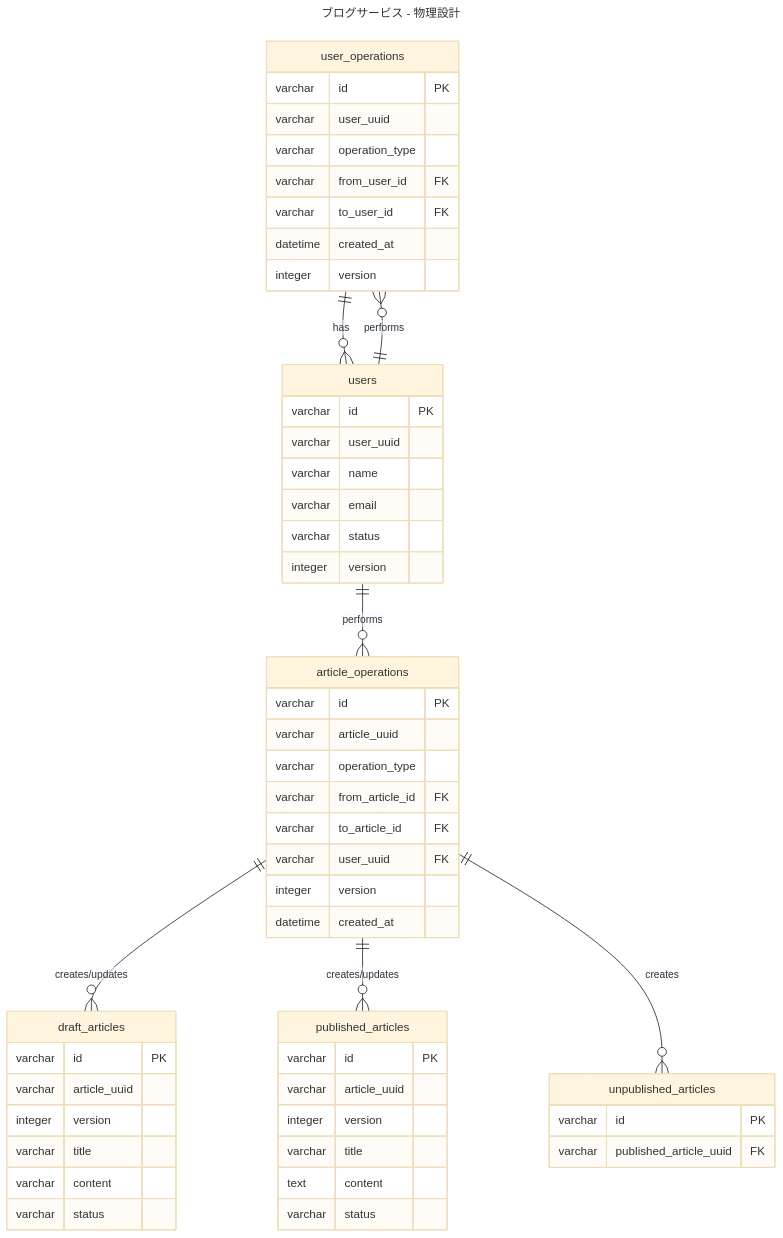
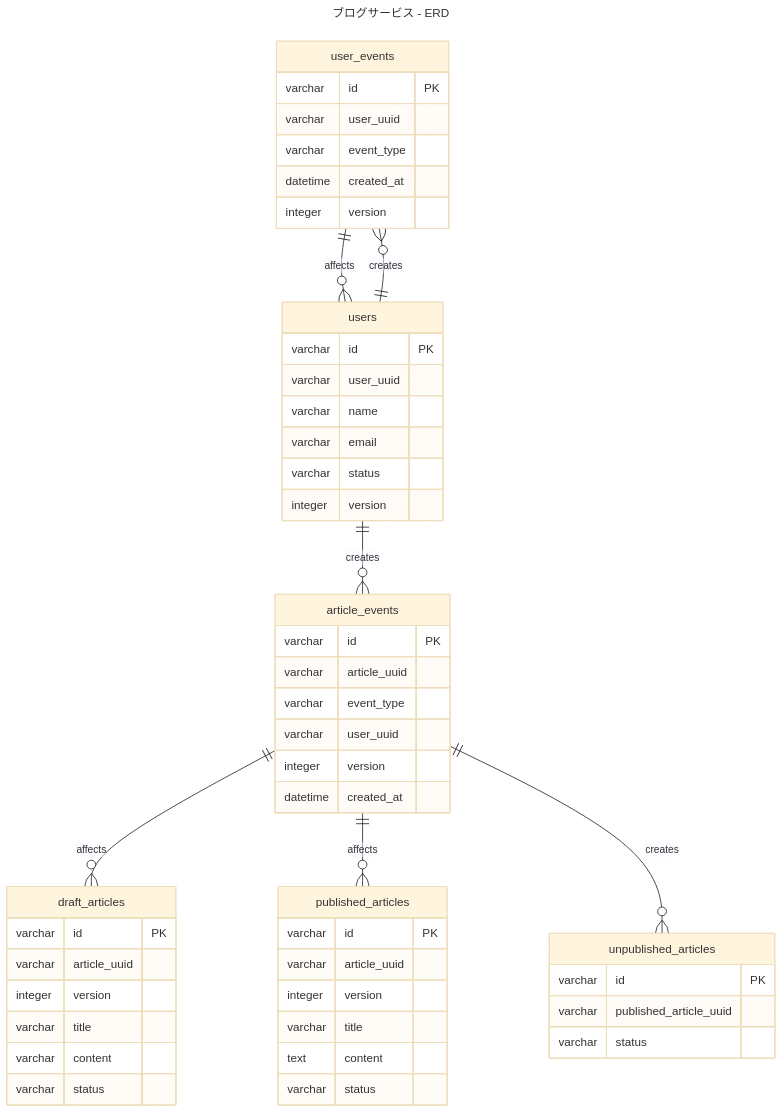
One commit to ttakuma17/til changed the fourth of 4 diagrams in db/modeling/5/er.md. Above: the diagram before and after it, drawn with Mermaid (base theme). The commit also changed other lines of this file and 4 other files, not shown here.

````diff
--- a/db/modeling/5/er.md
+++ b/db/modeling/5/er.md
@@ -94,78 +100,75 @@
 ```mermaid
 ---
-title: ブログサービス - 物理設計
+title: ブログサービス - ERD
 ---
 erDiagram
-  %% ユーザー操作(E)
-  %% operation_type: "register/update/deactivate/reactivate"
-  %% from_user_id: "新規登録時は'new'"
-  user_operations {
+  %% ユーザーイベント(E)
+  %% event_type: "registered/updated/deactivated/reactivated"
+  user_events {
     varchar id PK
     varchar user_uuid
-    varchar operation_type
-    varchar from_user_id FK 
-    varchar to_user_id FK
+    varchar event_type
     datetime created_at
     integer version
   }
 
   %% ユーザー(R)
   %% status: "active/inactive"
   users {
       varchar id PK 
       varchar user_uuid
       varchar name
       varchar email
       varchar status
       integer version
   }
 
-  %% 記事操作(E)
-  %% operation_type: "create_draft/publish_start/update_start/update_end/publish_end/draft_delete"
-  %% user_uuid: "操作したユーザー"
-  article_operations {
+  %% 記事イベント(E)
+  %% event_type: "draft_created/draft_deleted/published/unpublished/republished"
+  %% user_uuid: "イベントを発生させたユーザー"
+  article_events {
       varchar id PK
       varchar article_uuid
-      varchar operation_type
-      varchar from_article_id FK
-      varchar to_article_id FK
-      varchar user_uuid FK
+      varchar event_type
+      varchar user_uuid
       integer version
       datetime created_at
   }
 
   %% ドラフト記事(R)
-  %% status: "draft/updating/deleted"
+  %% status: "created/deleted"
   draft_articles {
       varchar id PK
       varchar article_uuid
       integer version
       varchar title
       varchar content
       varchar status 
   }
 
   %% 公開記事(R)
-  %% status: "published/updating"
+  %% status: "created/deleted"
   published_articles {
       varchar id PK
       varchar article_uuid 
       integer version
       varchar title
       text content
       varchar status
   }
 
   %% 非公開記事(R)
+  %% status: "created/deleted"
   unpublished_articles {
       varchar id PK
-      varchar published_article_uuid FK
+      varchar published_article_uuid
+      varchar status
   }
 
-  users ||--o{ user_operations: "performs"
-  user_operations ||--o{ users: "has"
-  users ||--o{ article_operations: "performs"
-  article_operations ||--o{ draft_articles: "creates/updates"
-  article_operations ||--o{ published_articles: "creates/updates"
-  article_operations ||--o{ unpublished_articles: "creates" 
+  users ||--o{ user_events: "creates"
+  user_events ||--o{ users: "affects"
+  users ||--o{ article_events: "creates"
+  article_events ||--o{ draft_articles: "affects"
+  article_events ||--o{ published_articles: "affects"
+  article_events ||--o{ unpublished_articles: "creates" 
 ```
````
